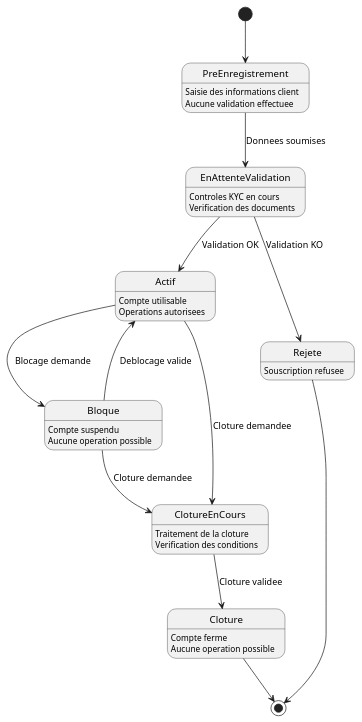
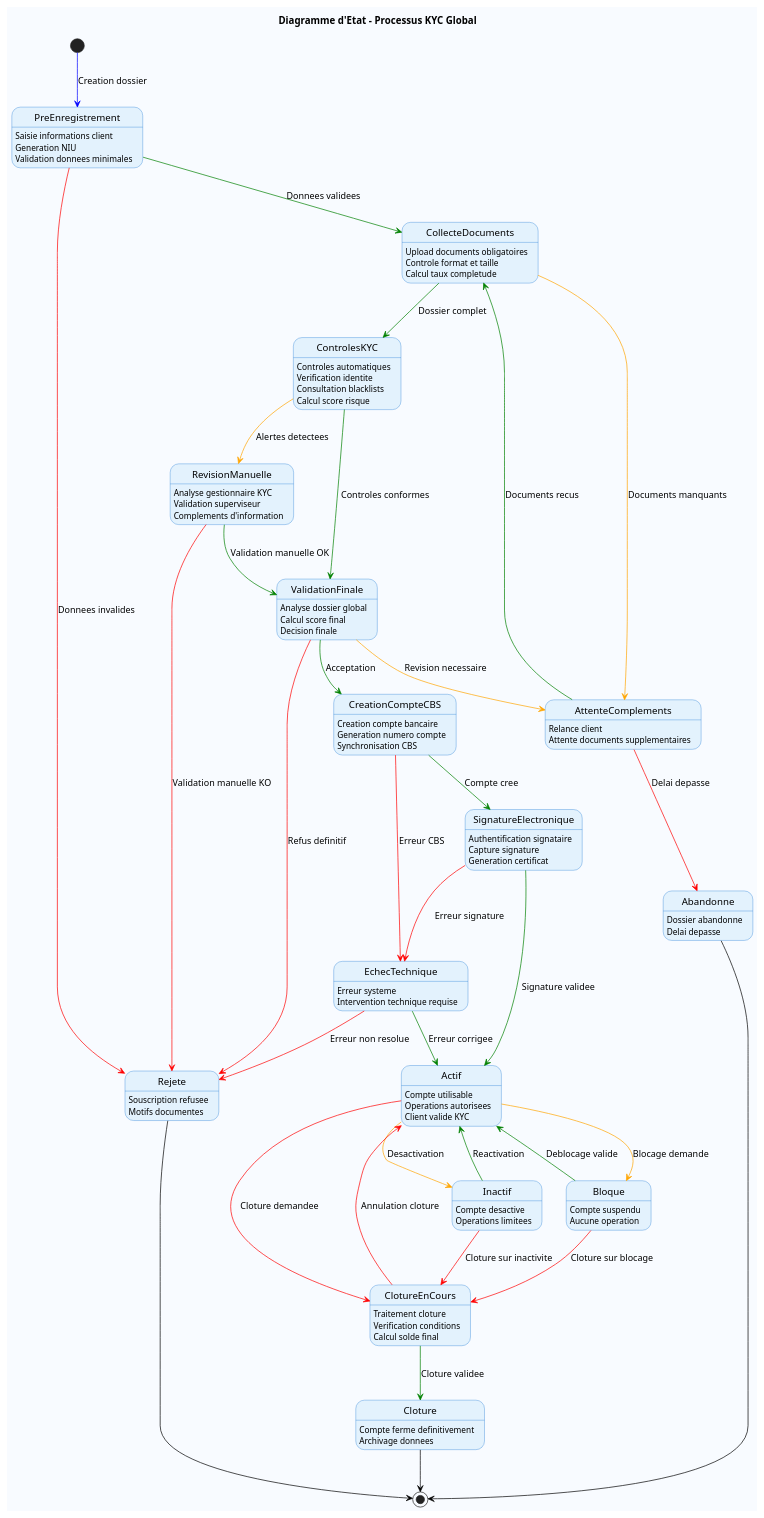
The diagram in KYC DIAGRAMME D'ETAT/DiagrammeEtat.puml (caranvalis/diagramePlantUml), drawn with PlantUML before and after one commit. The commit also changed 87 other files, not shown here.

Commit message:
EVOLUTIIN DES DIFFERENTS DIAGRAMME

```diff
--- a/KYC DIAGRAMME D'ETAT/DiagrammeEtat.puml
+++ b/KYC DIAGRAMME D'ETAT/DiagrammeEtat.puml
@@ -1,38 +1,117 @@
 @startuml DiagrammeEtatKYC
+skinparam backgroundColor #F8FBFF
+skinparam state {
+    BackgroundColor #E3F2FD
+    BorderColor #1976D2
+    ArrowColor #0D47A1
+}
+
 hide empty description
+title Diagramme d'Etat - Processus KYC Global
 
-[*] --> PreEnregistrement
-PreEnregistrement : Saisie des informations client
-PreEnregistrement : Aucune validation effectuee
+[*] -[#blue]-> PreEnregistrement : Creation dossier
 
-PreEnregistrement --> EnAttenteValidation : Donnees soumises
-EnAttenteValidation : Controles KYC en cours
-EnAttenteValidation : Verification des documents
+PreEnregistrement : Saisie informations client
+PreEnregistrement : Generation NIU
+PreEnregistrement : Validation donnees minimales
 
-EnAttenteValidation --> Actif : Validation OK
-EnAttenteValidation --> Rejete : Validation KO
+PreEnregistrement -[#green]-> CollecteDocuments : Donnees validees
+PreEnregistrement -[#red]-> Rejete : Donnees invalides
+
+CollecteDocuments : Upload documents obligatoires
+CollecteDocuments : Controle format et taille
+CollecteDocuments : Calcul taux completude
+
+CollecteDocuments -[#orange]-> AttenteComplements : Documents manquants
+AttenteComplements : Relance client
+AttenteComplements : Attente documents supplementaires
+
+AttenteComplements -[#green]-> CollecteDocuments : Documents recus
+AttenteComplements -[#red]-> Abandonne : Delai depasse
+
+CollecteDocuments -[#green]-> ControlesKYC : Dossier complet
+
+ControlesKYC : Controles automatiques
+ControlesKYC : Verification identite
+ControlesKYC : Consultation blacklists
+ControlesKYC : Calcul score risque
+
+ControlesKYC -[#green]-> ValidationFinale : Controles conformes
+ControlesKYC -[#orange]-> RevisionManuelle : Alertes detectees
+
+RevisionManuelle : Analyse gestionnaire KYC
+RevisionManuelle : Validation superviseur
+RevisionManuelle : Complements d'information
+
+RevisionManuelle -[#green]-> ValidationFinale : Validation manuelle OK
+RevisionManuelle -[#red]-> Rejete : Validation manuelle KO
+
+ValidationFinale : Analyse dossier global
+ValidationFinale : Calcul score final
+ValidationFinale : Decision finale
+
+ValidationFinale -[#green]-> CreationCompteCBS : Acceptation
+ValidationFinale -[#orange]-> AttenteComplements : Revision necessaire
+ValidationFinale -[#red]-> Rejete : Refus definitif
+
+CreationCompteCBS : Creation compte bancaire
+CreationCompteCBS : Generation numero compte
+CreationCompteCBS : Synchronisation CBS
+
+CreationCompteCBS -[#green]-> SignatureElectronique : Compte cree
+CreationCompteCBS -[#red]-> EchecTechnique : Erreur CBS
+
+SignatureElectronique : Authentification signataire
+SignatureElectronique : Capture signature
+SignatureElectronique : Generation certificat
+
+SignatureElectronique -[#green]-> Actif : Signature validee
+SignatureElectronique -[#red]-> EchecTechnique : Erreur signature
 
 Actif : Compte utilisable
 Actif : Operations autorisees
+Actif : Client valide KYC
 
-Actif --> Bloque : Blocage demande
 Bloque : Compte suspendu
-Bloque : Aucune operation possible
+Bloque : Aucune operation
 
-Bloque --> Actif : Deblocage valide
-Actif --> ClotureEnCours : Cloture demandee
-Bloque --> ClotureEnCours : Cloture demandee
+Inactif : Compte desactive
+Inactif : Operations limitees
 
-ClotureEnCours : Traitement de la cloture
-ClotureEnCours : Verification des conditions
+ClotureEnCours : Traitement cloture
+ClotureEnCours : Verification conditions
+ClotureEnCours : Calcul solde final
 
-ClotureEnCours --> Cloture : Cloture validee
-Cloture : Compte ferme
-Cloture : Aucune operation possible
+Cloture : Compte ferme definitivement
+Cloture : Archivage donnees
 
 Rejete : Souscription refusee
+Rejete : Motifs documentes
 
-Rejete --> [*]
-Cloture --> [*]
+Abandonne : Dossier abandonne
+Abandonne : Delai depasse
+
+EchecTechnique : Erreur systeme
+EchecTechnique : Intervention technique requise
+
+Actif -[#orange]-> Bloque : Blocage demande
+Actif -[#orange]-> Inactif : Desactivation
+Actif -[#red]-> ClotureEnCours : Cloture demandee
+
+Bloque -[#green]-> Actif : Deblocage valide
+Bloque -[#red]-> ClotureEnCours : Cloture sur blocage
+
+Inactif -[#green]-> Actif : Reactivation
+Inactif -[#red]-> ClotureEnCours : Cloture sur inactivite
+
+ClotureEnCours -[#green]-> Cloture : Cloture validee
+ClotureEnCours -[#red]-> Actif : Annulation cloture
+
+EchecTechnique -[#green]-> Actif : Erreur corrigee
+EchecTechnique -[#red]-> Rejete : Erreur non resolue
+
+Rejete -[#black]-> [*]
+Cloture -[#black]-> [*]
+Abandonne -[#black]-> [*]
 
 @enduml
```
